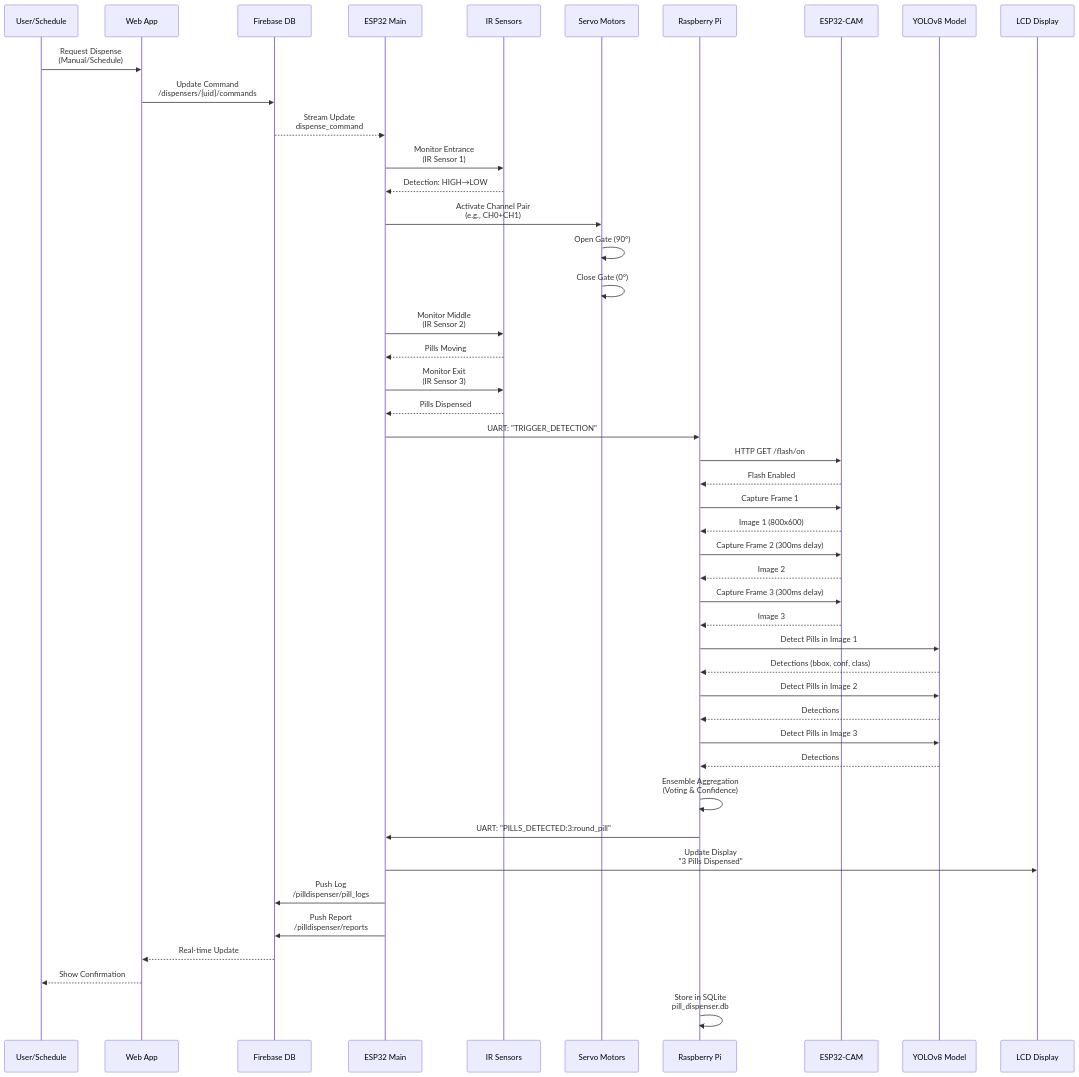
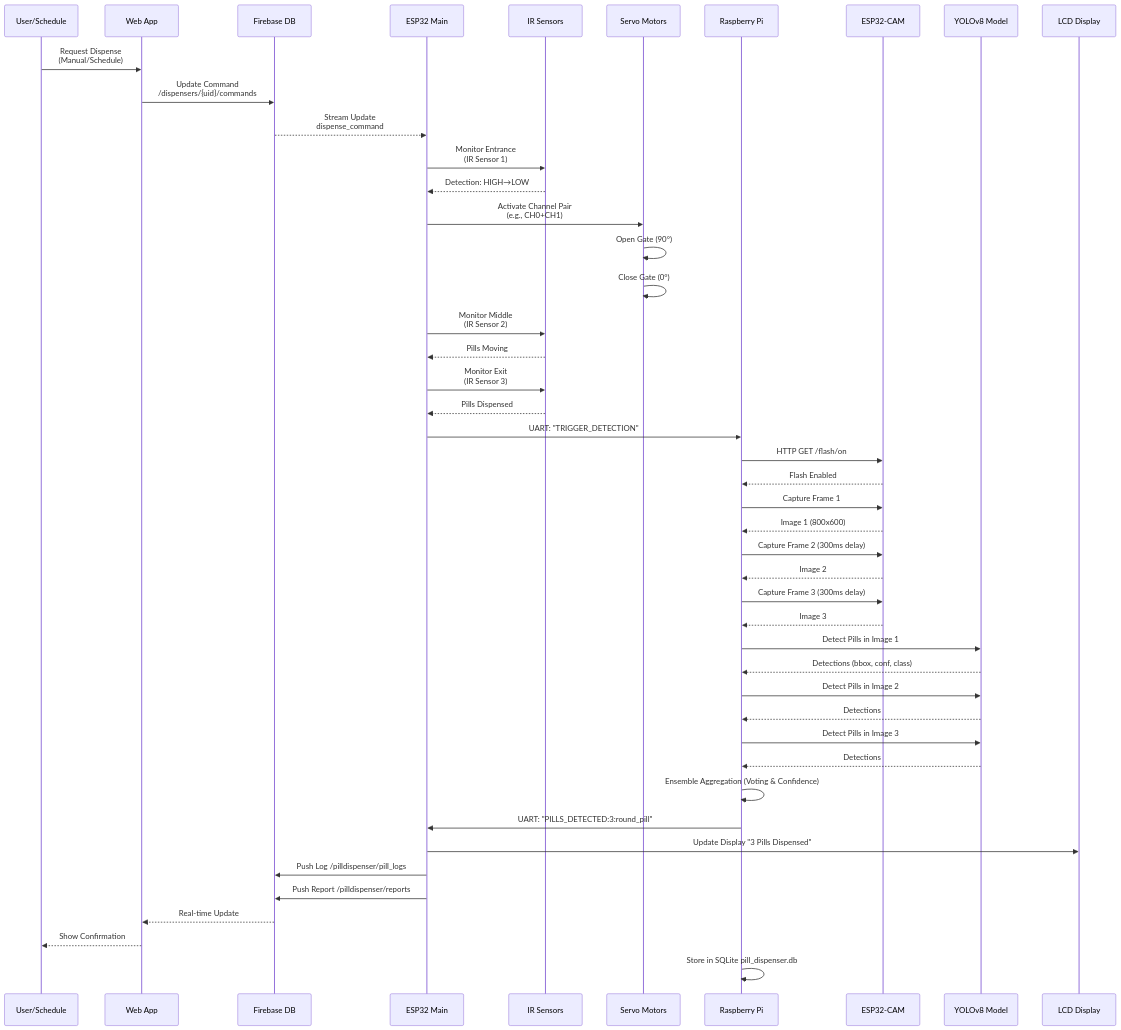
The fifth of 17 diagrams in diagram/MERMAID_DIAGRAMS.md (qppd/Pill-Dispenser-V3), drawn with Mermaid before and after one commit.

Commit message:
Fixed 10th diagram

````diff
--- a/diagram/MERMAID_DIAGRAMS.md
+++ b/diagram/MERMAID_DIAGRAMS.md
@@ -257,68 +257,61 @@
 ```mermaid
 sequenceDiagram
     participant User as User/Schedule
     participant Web as Web App
     participant Firebase as Firebase DB
     participant ESP32 as ESP32 Main
     participant IR as IR Sensors
     participant Servo as Servo Motors
     participant RPI as Raspberry Pi
     participant CAM as ESP32-CAM
     participant YOLO as YOLOv8 Model
     participant LCD as LCD Display
     
     User->>Web: Request Dispense<br/>(Manual/Schedule)
     Web->>Firebase: Update Command<br/>/dispensers/{uid}/commands
     
     Firebase-->>ESP32: Stream Update<br/>dispense_command
     
     ESP32->>IR: Monitor Entrance<br/>(IR Sensor 1)
     IR-->>ESP32: Detection: HIGH→LOW
     
     ESP32->>Servo: Activate Channel Pair<br/>(e.g., CH0+CH1)
     Servo->>Servo: Open Gate (90°)
     Servo->>Servo: Close Gate (0°)
     
     ESP32->>IR: Monitor Middle<br/>(IR Sensor 2)
     IR-->>ESP32: Pills Moving
     
     ESP32->>IR: Monitor Exit<br/>(IR Sensor 3)
     IR-->>ESP32: Pills Dispensed
     
     ESP32->>RPI: UART: "TRIGGER_DETECTION"
     
     RPI->>CAM: HTTP GET /flash/on
     CAM-->>RPI: Flash Enabled
     
     RPI->>CAM: Capture Frame 1
     CAM-->>RPI: Image 1 (800x600)
     
     RPI->>CAM: Capture Frame 2 (300ms delay)
     CAM-->>RPI: Image 2
     
     RPI->>CAM: Capture Frame 3 (300ms delay)
     CAM-->>RPI: Image 3
     
     RPI->>YOLO: Detect Pills in Image 1
     YOLO-->>RPI: Detections (bbox, conf, class)
     
     RPI->>YOLO: Detect Pills in Image 2
     YOLO-->>RPI: Detections
-    
     RPI->>YOLO: Detect Pills in Image 3
     YOLO-->>RPI: Detections
-    
-    RPI->>RPI: Ensemble Aggregation<br/>(Voting & Confidence)
-    
+    RPI->>RPI: Ensemble Aggregation (Voting & Confidence)
     RPI->>ESP32: UART: "PILLS_DETECTED:3:round_pill"
-    
-    ESP32->>LCD: Update Display<br/>"3 Pills Dispensed"
-    
-    ESP32->>Firebase: Push Log<br/>/pilldispenser/pill_logs
-    ESP32->>Firebase: Push Report<br/>/pilldispenser/reports
-    
+    ESP32->>LCD: Update Display "3 Pills Dispensed"
+    ESP32->>Firebase: Push Log /pilldispenser/pill_logs
+    ESP32->>Firebase: Push Report /pilldispenser/reports
     Firebase-->>Web: Real-time Update
     Web-->>User: Show Confirmation
-    
-    RPI->>RPI: Store in SQLite<br/>pill_dispenser.db
+    RPI->>RPI: Store in SQLite pill_dispenser.db
 ```
````
